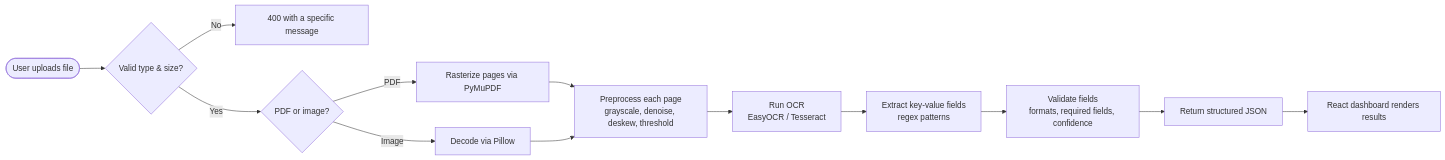
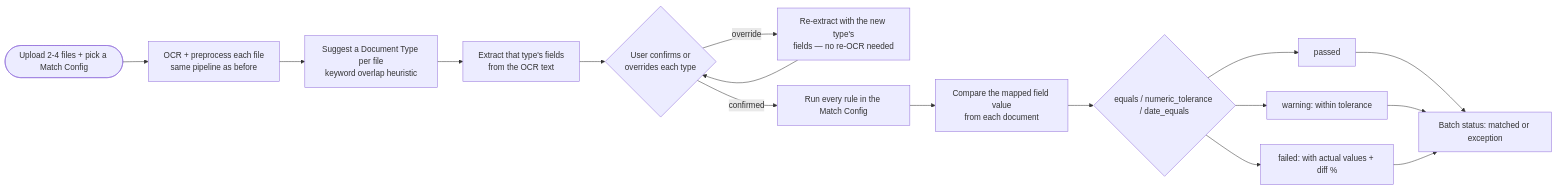
One commit to arun-abishek-n/AI-Document-Processor changed the second of 2 diagrams in README.md. Above: the diagram before and after it, drawn with Mermaid. The commit also changed other lines of this file and 61 other files, not shown here.

````diff
--- a/README.md
+++ b/README.md
@@ -84,18 +99,16 @@
 ```mermaid
 flowchart LR
-    Start([User uploads file]) --> Validate{Valid type & size?}
-    Validate -- No --> Error1[400 with a specific message]
-    Validate -- Yes --> IsPDF{PDF or image?}
-
-    IsPDF -- PDF --> Rasterize[Rasterize pages via PyMuPDF]
-    IsPDF -- Image --> LoadImage[Decode via Pillow]
-
-    Rasterize --> Preprocess
-    LoadImage --> Preprocess
-
-    Preprocess[Preprocess each page<br/>grayscale, denoise, deskew, threshold] --> OCR[Run OCR<br/>EasyOCR / Tesseract]
-    OCR --> Extract[Extract key-value fields<br/>regex patterns]
-    Extract --> Validate2[Validate fields<br/>formats, required fields, confidence]
-    Validate2 --> Response[Return structured JSON]
-    Response --> Dashboard[React dashboard renders results]
+    Start([Upload 2-4 files + pick a Match Config]) --> OCR[OCR + preprocess each file<br/>same pipeline as before]
+    OCR --> Suggest[Suggest a Document Type per file<br/>keyword overlap heuristic]
+    Suggest --> Extract[Extract that type's fields<br/>from the OCR text]
+    Extract --> Confirm{User confirms or<br/>overrides each type}
+    Confirm -- override --> Reextract[Re-extract with the new type's<br/>fields — no re-OCR needed]
+    Reextract --> Confirm
+    Confirm -- confirmed --> RunMatch[Run every rule in the Match Config]
+    RunMatch --> Compare[Compare the mapped field value<br/>from each document]
+    Compare --> Result{equals / numeric_tolerance / date_equals}
+    Result --> Passed[passed]
+    Result --> Warning[warning: within tolerance]
+    Result --> Failed[failed: with actual values + diff %]
+    Passed & Warning & Failed --> Status[Batch status: matched or exception]
 ```
````
